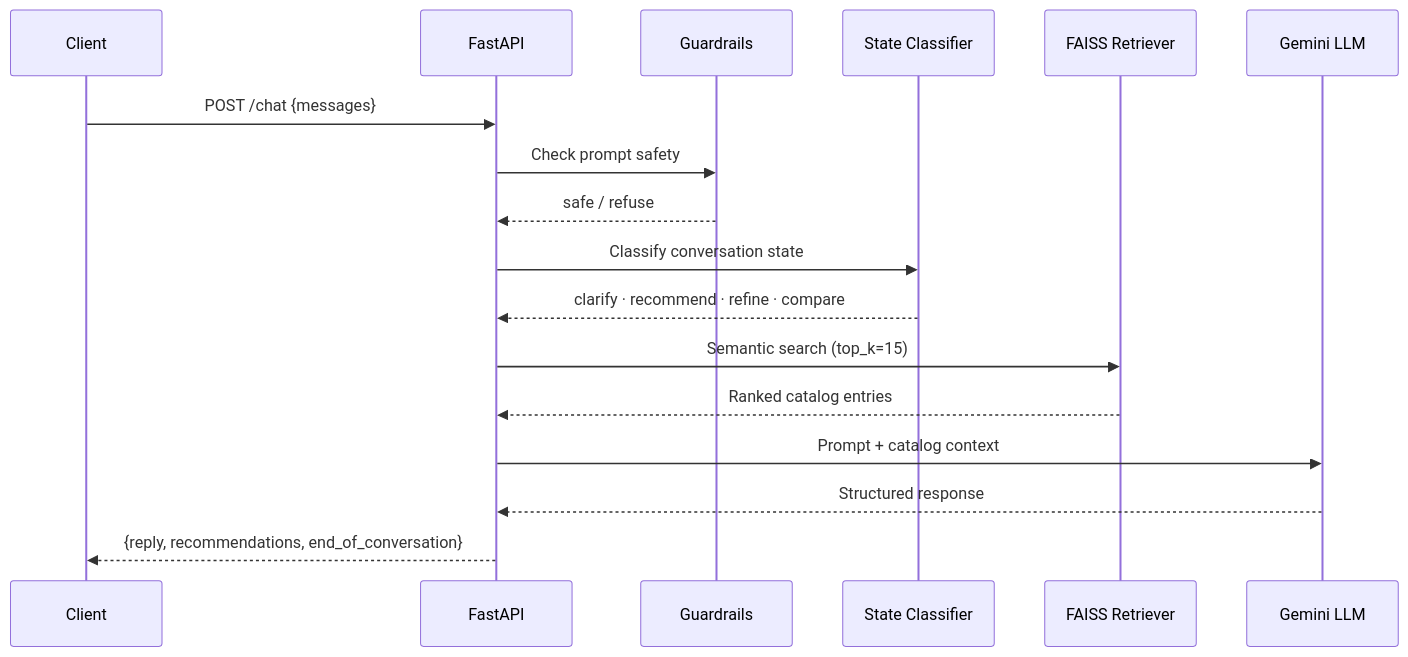
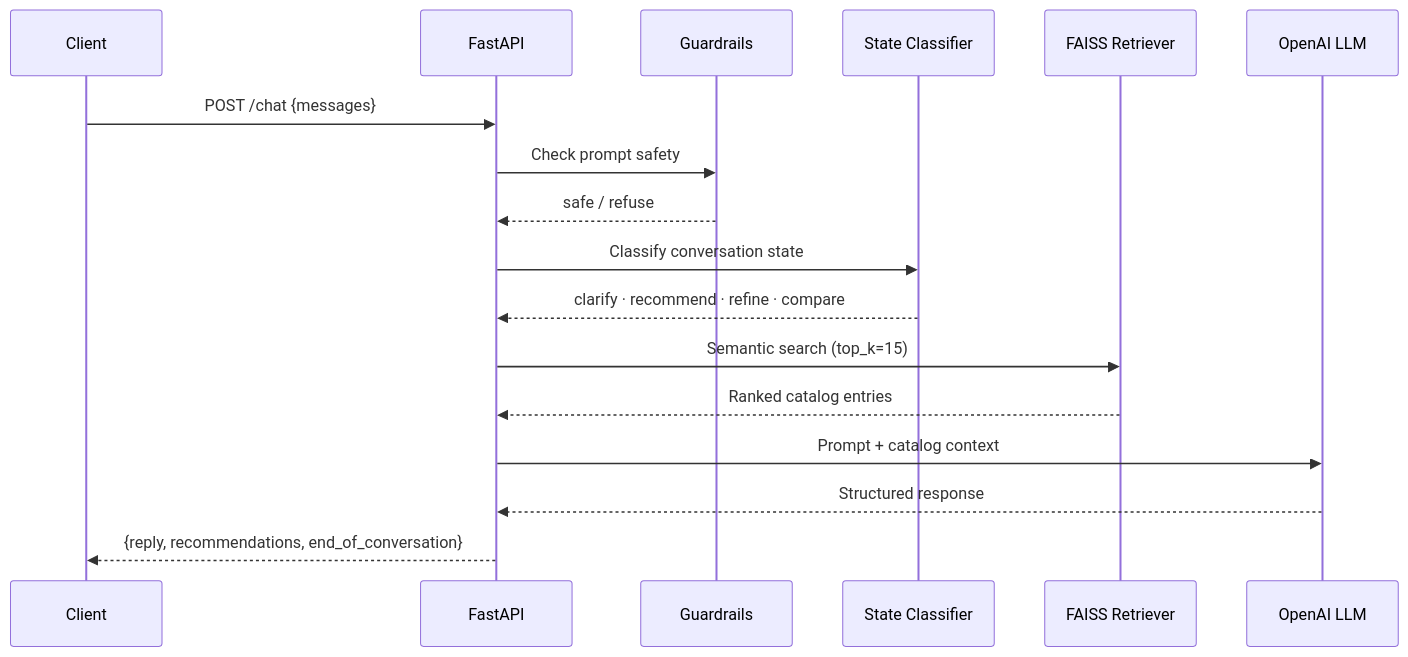
One commit to BugHunterX2101/assess-recommend changed the second of 3 diagrams in README.md. Above: the diagram before and after it, drawn with Mermaid. The commit also changed other lines of this file and 4 other files, not shown here.

First line of the commit message:
Switch LLM from Gemini to OpenAI (gpt-4o-mini)

````diff
--- a/README.md
+++ b/README.md
@@ -40,20 +40,20 @@
 ```mermaid
 sequenceDiagram
     participant C as Client
     participant F as FastAPI
     participant G as Guardrails
     participant SC as State Classifier
     participant R as FAISS Retriever
-    participant L as Gemini LLM
+    participant L as OpenAI LLM
 
     C->>F: POST /chat {messages}
     F->>G: Check prompt safety
     G-->>F: safe / refuse
     F->>SC: Classify conversation state
     SC-->>F: clarify · recommend · refine · compare
     F->>R: Semantic search (top_k=15)
     R-->>F: Ranked catalog entries
     F->>L: Prompt + catalog context
     L-->>F: Structured response
     F-->>C: {reply, recommendations, end_of_conversation}
 ```
````
